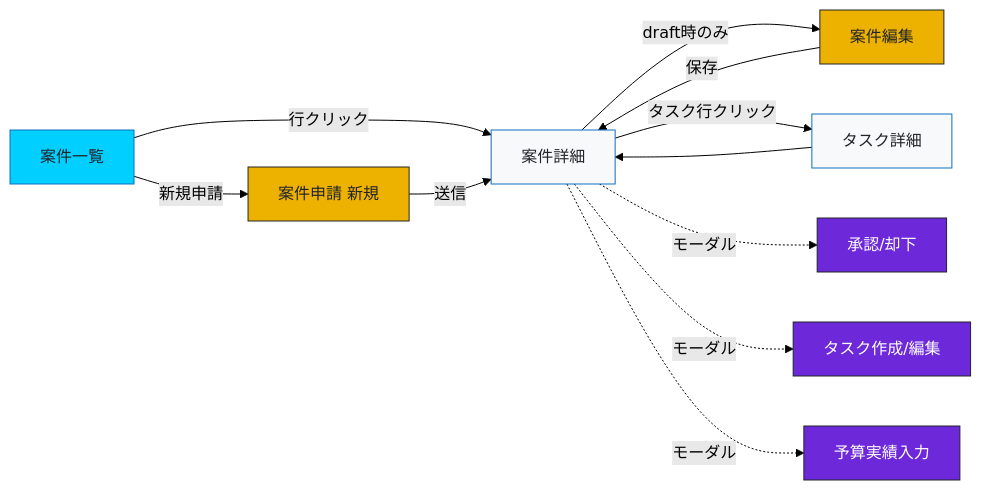
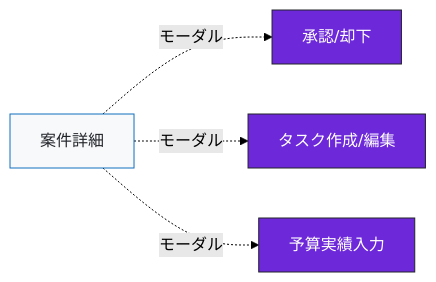
One commit to toutetu/ProjNexus changed the third of 6 diagrams in quest_1/doc/Design/screen_flow.md. Above: the diagram before and after it, drawn with Mermaid (forest theme). The commit also changed other lines of this file and 7 other files, not shown here.

````diff
--- a/quest_1/doc/Design/screen_flow.md
+++ b/quest_1/doc/Design/screen_flow.md
@@ -72,25 +167,10 @@
 ```mermaid
 flowchart LR
-  S03[案件一覧]:::hub
-  S05[案件申請 新規]:::form
   S04[案件詳細]:::detail
-  S06[案件編集]:::form
-  S09[タスク詳細]:::detail
-
-  S03 -->|新規申請| S05
-  S03 -->|行クリック| S04
-  S05 -->|送信| S04
-  S04 -->|draft時のみ| S06
-  S06 -->|保存| S04
-  S04 -->|タスク行クリック| S09
-  S09 --> S04
-
   S04 -.モーダル.-> M08[承認/却下]:::modal
   S04 -.モーダル.-> M10[タスク作成/編集]:::modal
   S04 -.モーダル.-> M11[予算実績入力]:::modal
 
-  classDef hub fill:#01CFFF,stroke:#106EBE,color:#212429
-  classDef form fill:#EDB100,stroke:#212429,color:#212429
   classDef detail fill:#F8F9FA,stroke:#106EBE,color:#212429
   classDef modal fill:#6D28D9,stroke:#212429,color:#FFFFFF
 ```
````
